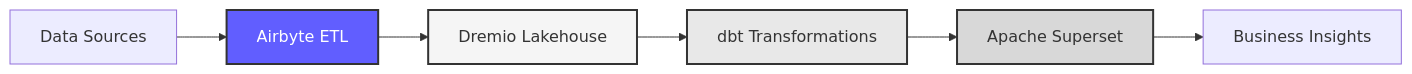
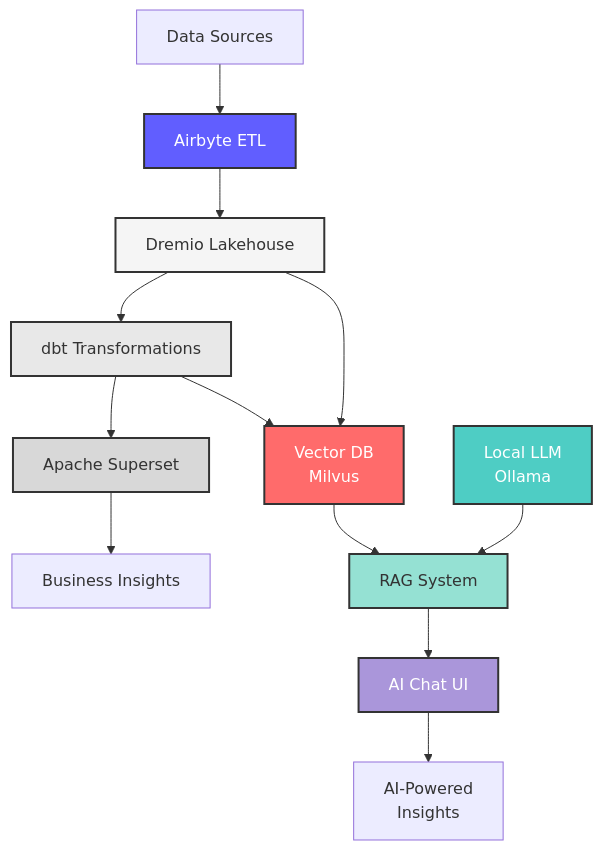
The diagram in README.md (Monsau/Talentys-OSS-Data-Platform), drawn with Mermaid before and after one commit. The commit also changed other lines of this file and 485 other files, not shown here.

First line of the commit message:
feat: v1.1.0 - Complete i18n roadmap, AI services, and data platform

````diff
--- a/README.md
+++ b/README.md
@@ -34,13 +42,24 @@
 ```mermaid
-graph LR
+graph TB
     A[Data Sources] --> B[Airbyte ETL]
     B --> C[Dremio Lakehouse]
     C --> D[dbt Transformations]
     D --> E[Apache Superset]
     E --> F[Business Insights]
     
+    C --> G[Vector DB<br/>Milvus]
+    D --> G
+    G --> H[RAG System]
+    I[Local LLM<br/>Ollama] --> H
+    H --> J[AI Chat UI]
+    J --> K[AI-Powered<br/>Insights]
+    
     style B fill:#615EFF,color:#fff,stroke:#333,stroke-width:2px
     style C fill:#f5f5f5,stroke:#333,stroke-width:2px
     style D fill:#e8e8e8,stroke:#333,stroke-width:2px
     style E fill:#d8d8d8,stroke:#333,stroke-width:2px
+    style G fill:#FF6B6B,color:#fff,stroke:#333,stroke-width:2px
+    style I fill:#4ECDC4,color:#fff,stroke:#333,stroke-width:2px
+    style H fill:#95E1D3,stroke:#333,stroke-width:2px
+    style J fill:#AA96DA,color:#fff,stroke:#333,stroke-width:2px
 ```
````
